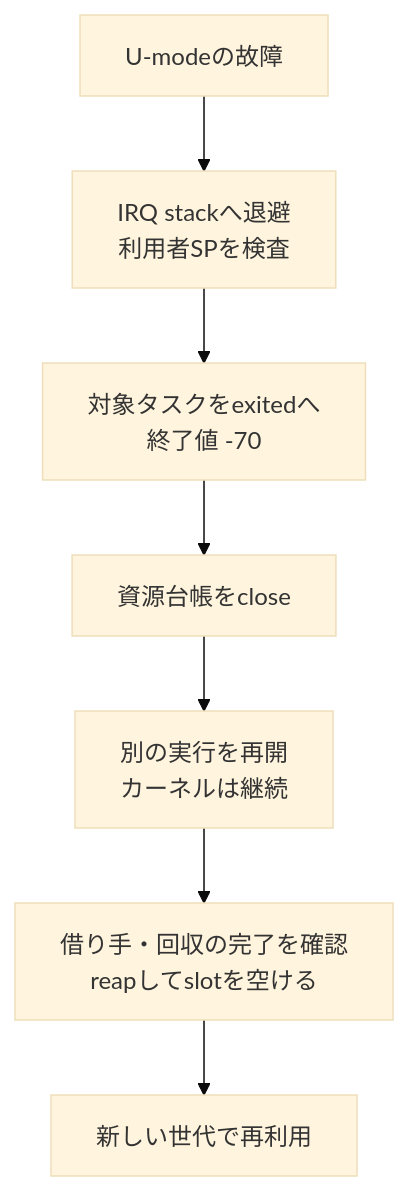
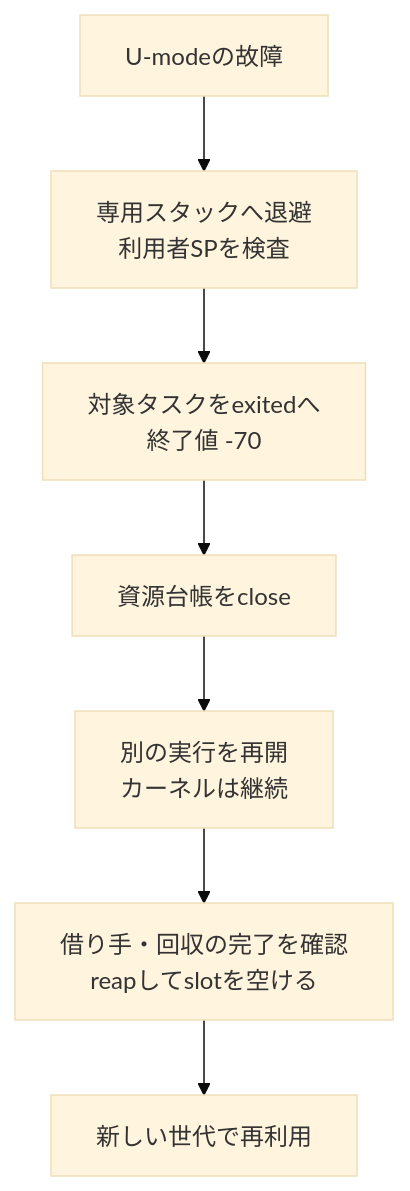
The diagram in docs/book/figures/protected-fault-cleanup.mmd (masanork/nihos), drawn with Mermaid (base theme) before and after one commit. The commit also changed 26 other files, not shown here.

```diff
--- a/docs/book/figures/protected-fault-cleanup.mmd
+++ b/docs/book/figures/protected-fault-cleanup.mmd
@@ -1,9 +1,9 @@
 flowchart TB
     accTitle: 故障したタスクだけを止め、回収後に枠を使い直す
     accDescr: U-modeの故障を安全なスタックで受け、対象タスクを終了値マイナス70でexitedにする。別の実行を再開する前に資源台帳を閉じ、回収完了を待ってreapする。同じslotは新しい世代へ再利用する。
-    F["U-modeの故障"] --> S["IRQ stackへ退避\n利用者SPを検査"]
+    F["U-modeの故障"] --> S["専用スタックへ退避\n利用者SPを検査"]
     S --> E["対象タスクをexitedへ\n終了値 -70"]
     E --> C["資源台帳をclose"]
     C --> K["別の実行を再開\nカーネルは継続"]
     K --> R["借り手・回収の完了を確認\nreapしてslotを空ける"]
     R --> N["新しい世代で再利用"]
```
